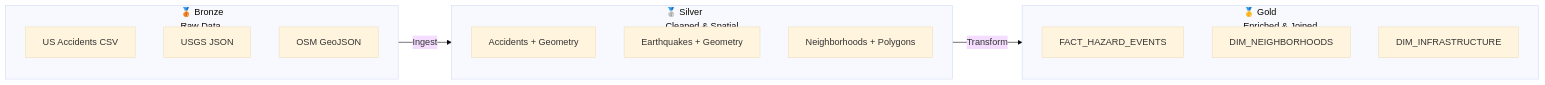
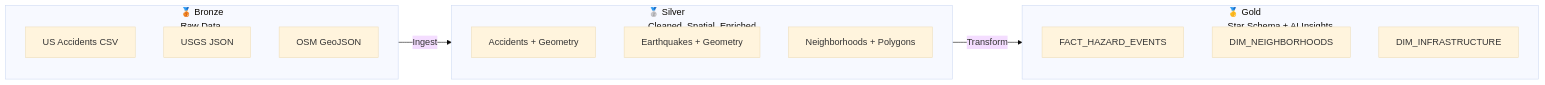
The second of 2 diagrams in README.md (matiasmagni/geo-ai-medallion-architecture-pipeline), drawn with Mermaid (base theme) before and after one commit. The commit also changed other lines of this file and 5 other files, not shown here.

````diff
--- a/README.md
+++ b/README.md
@@ -68,23 +67,23 @@
 ```mermaid
 flowchart LR
     subgraph BRONZE["🥉 Bronze<br/>Raw Data"]
         B1[US Accidents CSV]
         B2[USGS JSON]
         B3[OSM GeoJSON]
     end
-    
-    subgraph SILVER["🥈 Silver<br/>Cleaned & Spatial"]
+
+    subgraph SILVER["🥈 Silver<br/>Cleaned, Spatial, Enriched"]
         S1[Accidents + Geometry]
         S2[Earthquakes + Geometry]
         S3[Neighborhoods + Polygons]
     end
-    
-    subgraph GOLD["🥇 Gold<br/>Enriched & Joined"]
+
+    subgraph GOLD["🥇 Gold<br/>Star Schema + AI Insights"]
         G1[FACT_HAZARD_EVENTS]
         G2[DIM_NEIGHBORHOODS]
         G3[DIM_INFRASTRUCTURE]
     end
-    
+
     BRONZE -->|"Ingest"| SILVER
     SILVER -->|"Transform"| GOLD
 ```
````
